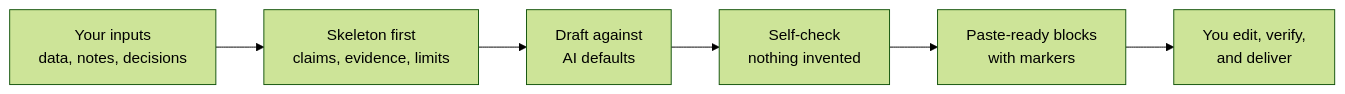
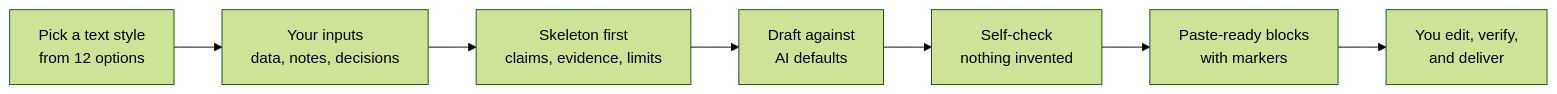
The second of 2 diagrams in README.md (Jawad-Official/writing-skills), drawn with Mermaid (forest theme) before and after one commit. The commit also changed other lines of this file, not shown here.

Commit message:
Document text styles in README

````diff
--- a/README.md
+++ b/README.md
@@ -76,8 +78,9 @@
 ```mermaid
 flowchart LR
+    S["Pick a text style<br/>from 12 options"] --> A
     A["Your inputs<br/>data, notes, decisions"] --> B["Skeleton first<br/>claims, evidence, limits"]
     B --> C["Draft against<br/>AI defaults"]
     C --> D["Self-check<br/>nothing invented"]
     D --> E["Paste-ready blocks<br/>with markers"]
     E --> F["You edit, verify,<br/>and deliver"]
 ```
````
